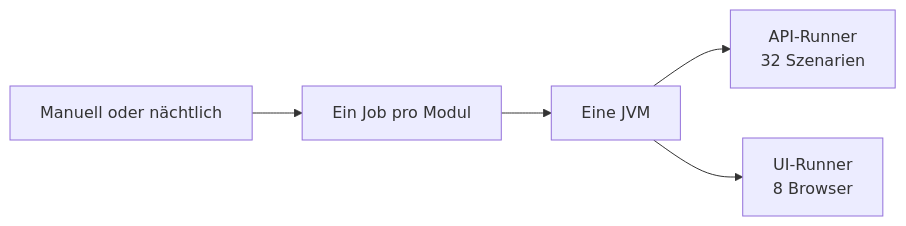
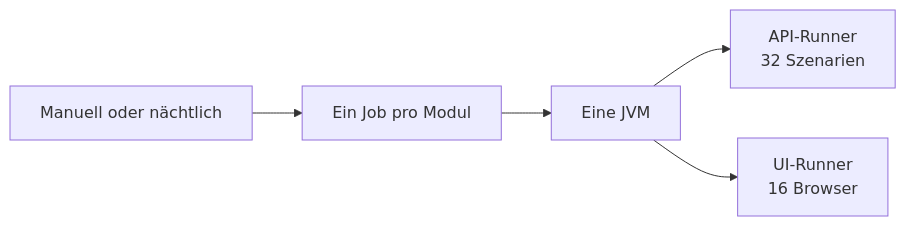
Before and after one commit to it-at-m/eappointment: the second of 5 diagrams in docs/de/testing-and-automation/how-we-parallelized-zmsautomation.md, drawn with Mermaid. The commit also changed other lines of this file and 10 other files, not shown here.

````diff
--- a/docs/de/testing-and-automation/how-we-parallelized-zmsautomation.md
+++ b/docs/de/testing-and-automation/how-we-parallelized-zmsautomation.md
@@ -29,6 +29,6 @@
 ```mermaid
 flowchart LR
   run[Manuell oder nächtlich] --> modules[Ein Job pro Modul] --> jvm[Eine JVM]
   jvm --> api["API-Runner<br/>32 Szenarien"]
-  jvm --> ui["UI-Runner<br/>8 Browser"]
+  jvm --> ui["UI-Runner<br/>16 Browser"]
 ```
````
